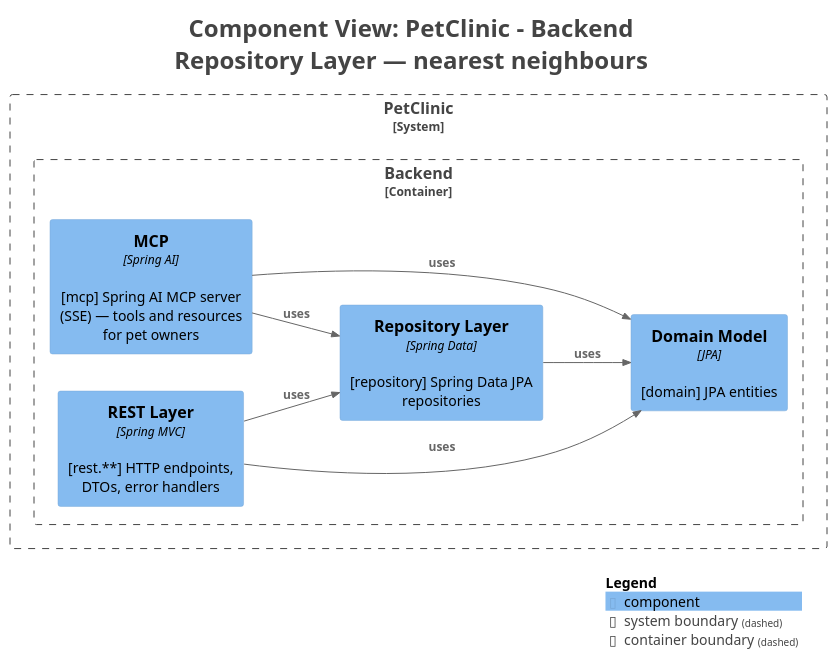
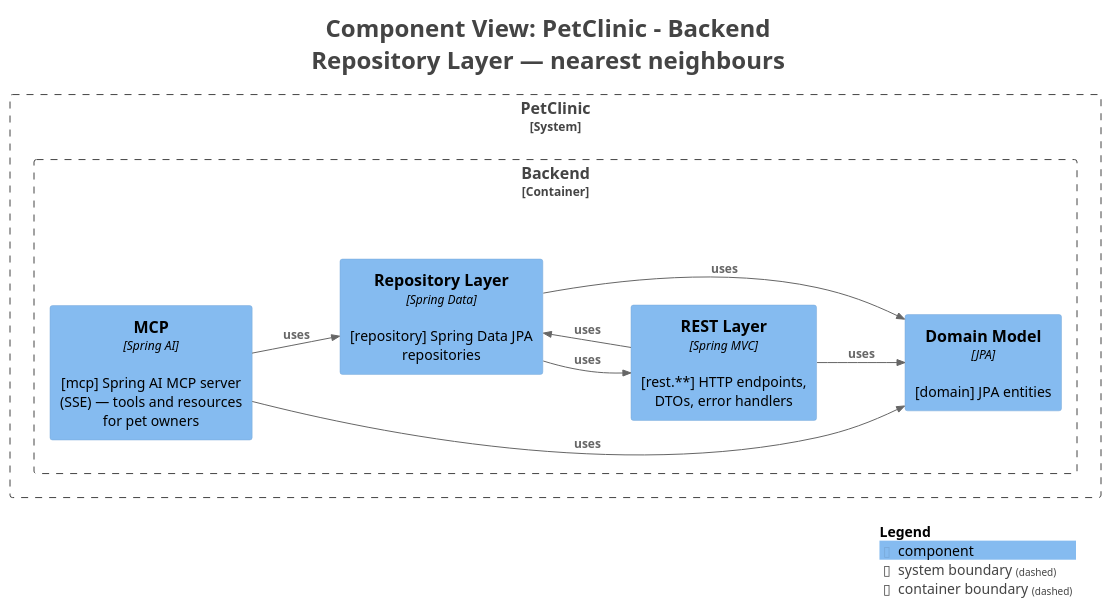
The diagram in petclinic-backend/docs/generated/c4views/C3-Repository.puml (victorrentea/petclinic), drawn with PlantUML before and after one commit. The commit also changed 26 other files, not shown here.

```diff
--- a/petclinic-backend/docs/generated/c4views/C3-Repository.puml
+++ b/petclinic-backend/docs/generated/c4views/C3-Repository.puml
@@ -1,36 +1,37 @@
 @startuml
 title <size:24>Component View: PetClinic - Backend</size>\n<size:24>Repository Layer — nearest neighbours</size>
 
 set separator none
 left to right direction
 
 <style>
   root {
     BackgroundColor: #ffffff
     FontColor: #444444
   }
 </style>
 
 !include <C4/C4>
 !include <C4/C4_Context>
 !include <C4/C4_Component>
 
 System_Boundary("PetClinic_boundary", "PetClinic", $tags="") {
   Container_Boundary("PetClinic.Backend_boundary", "Backend", $tags="") {
     Component(PetClinic.Backend.MCP, "MCP", $techn="Spring AI", $descr="[mcp] Spring AI MCP server (SSE) — tools and resources for pet owners", $tags="", $link="")
     Component(PetClinic.Backend.RESTLayer, "REST Layer", $techn="Spring MVC", $descr="[rest.**] HTTP endpoints, DTOs, error handlers", $tags="", $link="")
     Component(PetClinic.Backend.DomainModel, "Domain Model", $techn="JPA", $descr="[domain] JPA entities", $tags="", $link="")
     Component(PetClinic.Backend.RepositoryLayer, "Repository Layer", $techn="Spring Data", $descr="[repository] Spring Data JPA repositories", $tags="", $link="")
   }
 
 }
 
 Rel(PetClinic.Backend.RESTLayer, PetClinic.Backend.DomainModel, "uses", $techn="", $tags="", $link="")
 Rel(PetClinic.Backend.RESTLayer, PetClinic.Backend.RepositoryLayer, "uses", $techn="", $tags="", $link="")
 Rel(PetClinic.Backend.RepositoryLayer, PetClinic.Backend.DomainModel, "uses", $techn="", $tags="", $link="")
+Rel(PetClinic.Backend.RepositoryLayer, PetClinic.Backend.RESTLayer, "uses", $techn="", $tags="", $link="")
 Rel(PetClinic.Backend.MCP, PetClinic.Backend.DomainModel, "uses", $techn="", $tags="", $link="")
 Rel(PetClinic.Backend.MCP, PetClinic.Backend.RepositoryLayer, "uses", $techn="", $tags="", $link="")
 
 SHOW_LEGEND(true)
 hide stereotypes
 @enduml
```
